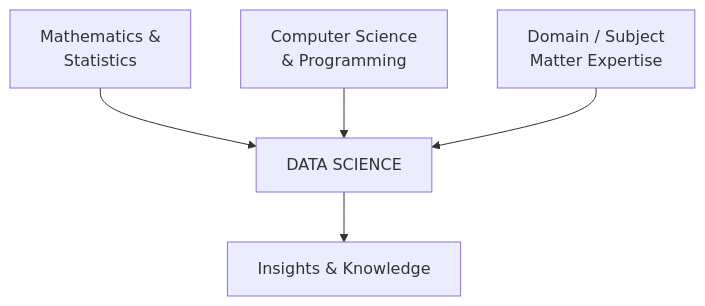
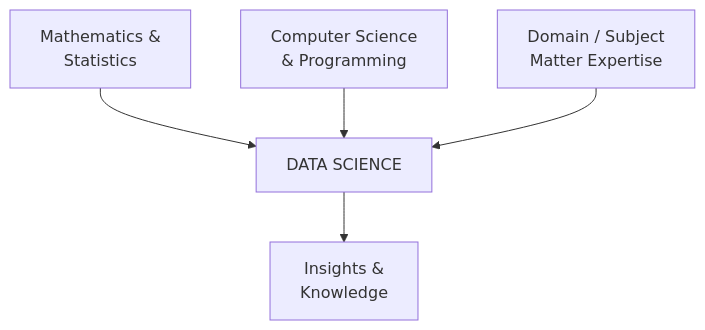
One commit to amitdevx/TY changed the first of 4 diagrams in 01-Semester-V/CS-307-MJ-T-Data-Science-Analytics/Unit-1.md. Above: the diagram before and after it, drawn with Mermaid. The commit also changed other lines of this file and 65 other files, not shown here.

Commit message:
fix:graph vertical

````diff
--- a/01-Semester-V/CS-307-MJ-T-Data-Science-Analytics/Unit-1.md
+++ b/01-Semester-V/CS-307-MJ-T-Data-Science-Analytics/Unit-1.md
@@ -49,7 +49,7 @@
 ```mermaid
 graph TD
     A[" Mathematics &<br>Statistics"] --> D["DATA SCIENCE"]
     B[" Computer Science<br>& Programming"] --> D
     C[" Domain / Subject<br>Matter Expertise"] --> D
-    D --> E[" Insights & Knowledge"]
+    D --> E[" Insights &<br/>Knowledge"]
 ```
````
